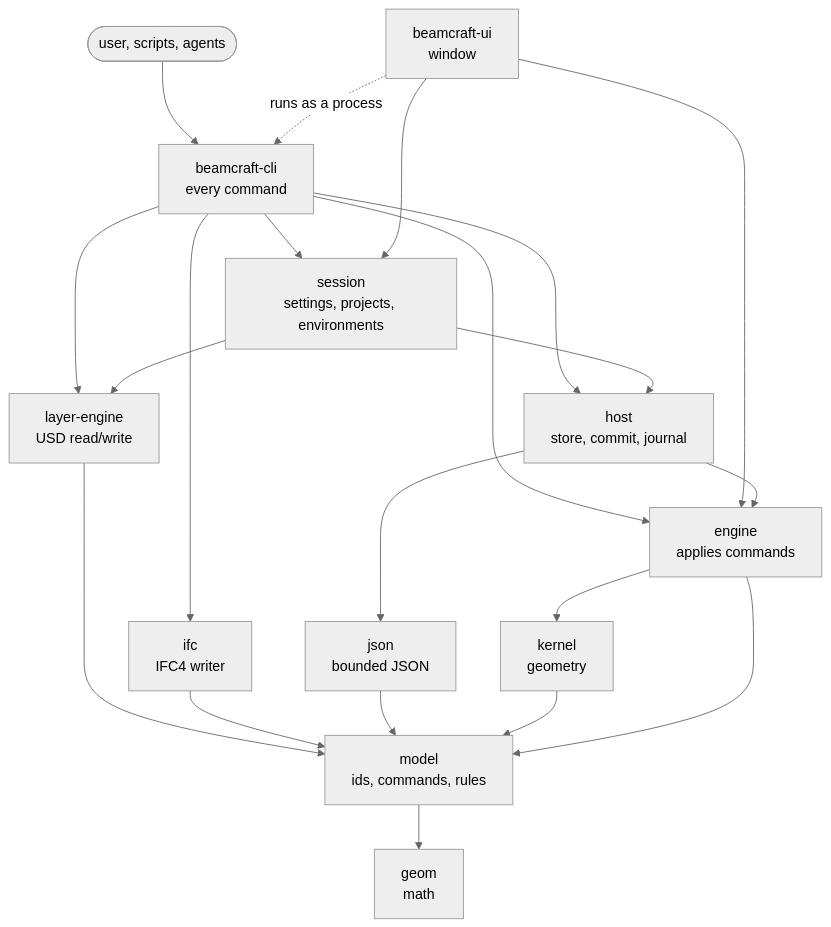
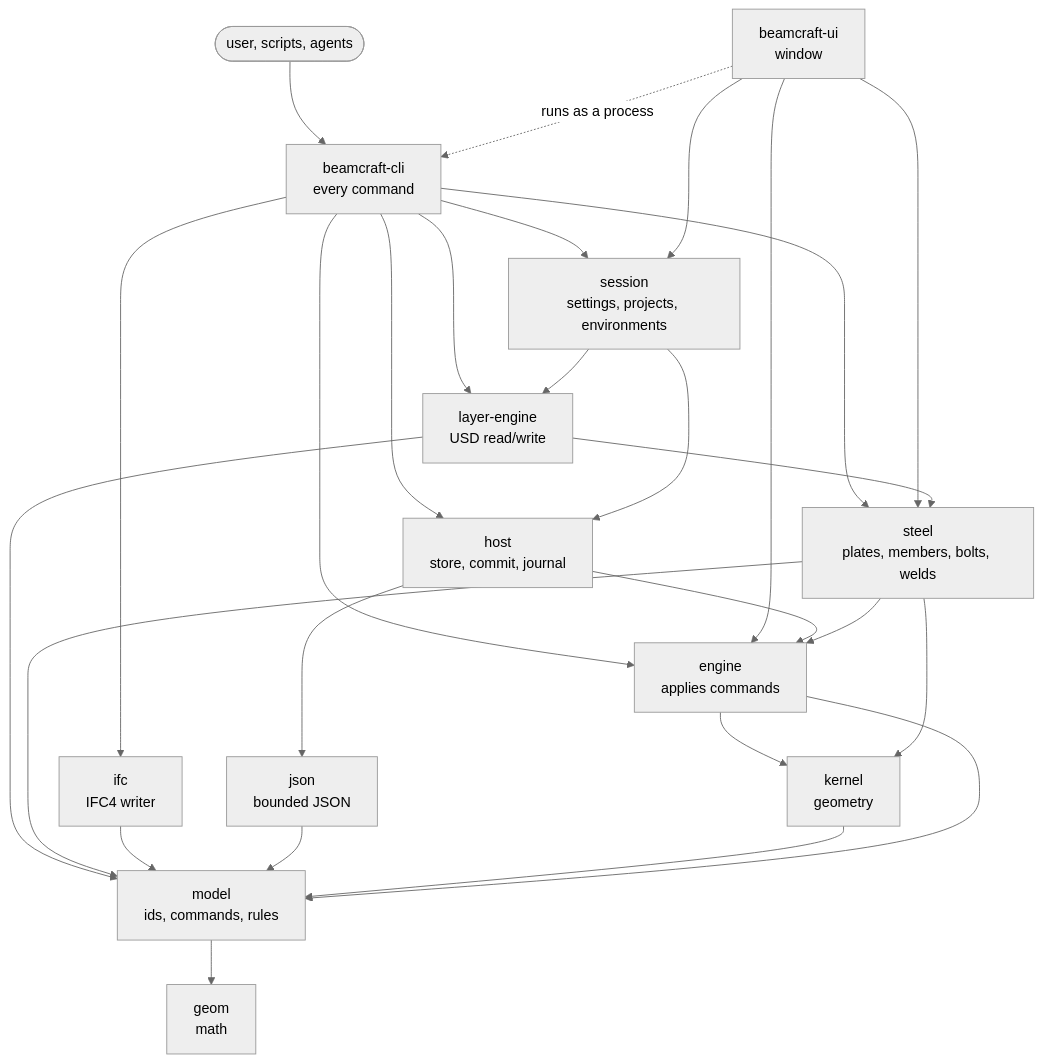
One commit to Apibim-com/BeamCraft changed the first of 2 diagrams in docs/architecture.md. Above: the diagram before and after it, drawn with Mermaid (neutral theme). The commit also changed other lines of this file and 214 other files, not shown here.

Commit message:
refactor: the structural steel code of model, kernel and engine is the steel crate (#799)

````diff
--- a/docs/architecture.md
+++ b/docs/architecture.md
@@ -45,27 +46,33 @@
 ```mermaid
 flowchart TD
     user(["user, scripts, agents"]) --> cli
     ui["beamcraft-ui<br/>window"] -. "runs as a process" .-> cli
     cli["beamcraft-cli<br/>every command"]
 
     cli --> session
     cli --> host
     cli --> engine
     cli --> le
     cli --> ifc
+    cli --> steel
     ui --> session
     ui --> engine
+    ui --> steel
 
     session["session<br/>settings, projects, environments"] --> host
     session --> le
 
     host["host<br/>store, commit, journal"] --> engine
     host --> json
     engine["engine<br/>applies commands"] --> kernel
     le["layer-engine<br/>USD read/write"] --> model
+    le --> steel
+    steel["steel<br/>plates, members, bolts, welds"] --> engine
+    steel --> kernel
+    steel --> model
     ifc["ifc<br/>IFC4 writer"] --> model
     json["json<br/>bounded JSON"] --> model
     kernel["kernel<br/>geometry"] --> model
     engine --> model
     model["model<br/>ids, commands, rules"] --> geom["geom<br/>math"]
 ```
````
